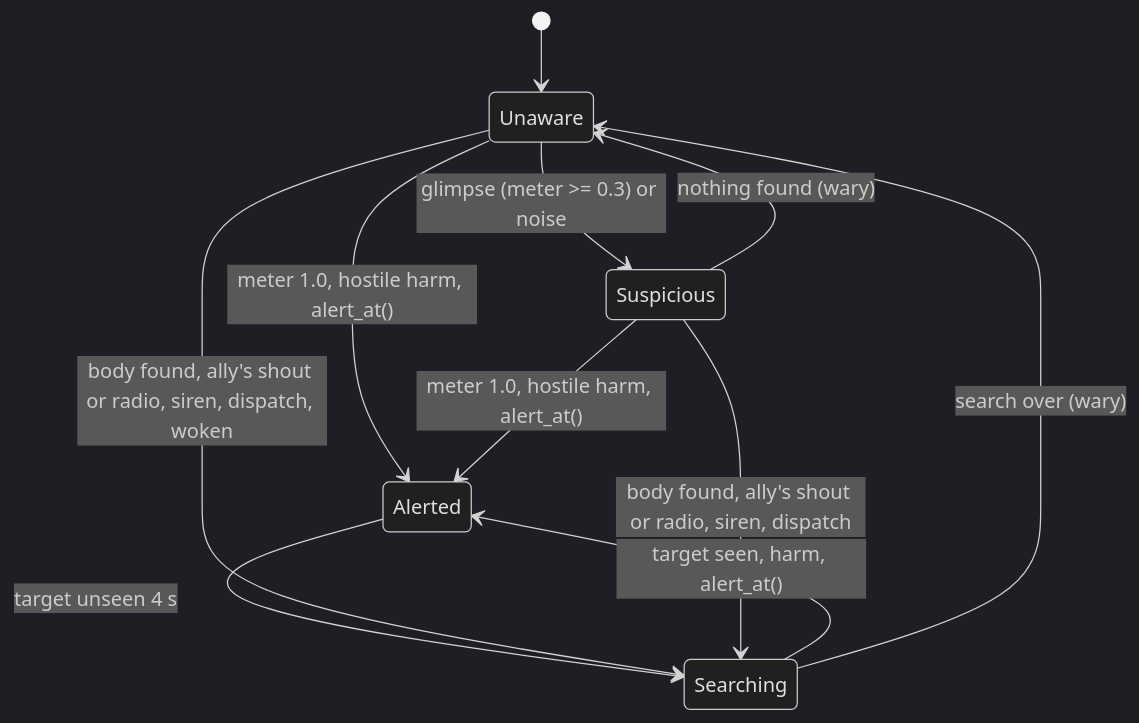
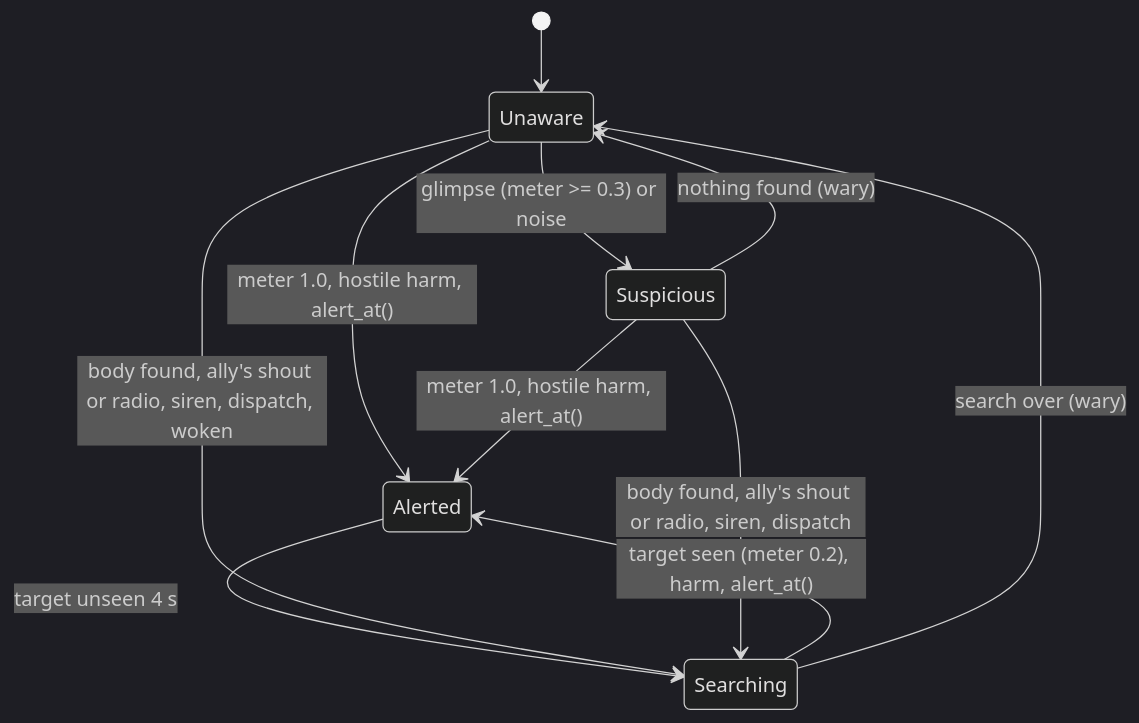
The diagram in design/game/perception-and-ai.md (matts2cant/im-sim-proto), drawn with Mermaid (dark theme) before and after one commit. The commit also changed other lines of this file and 6 other files, not shown here.

Commit message:
Searching guards alert once the meter reaches 0.2, not on the first glimpse; sight notes in the route reports (ADR 0095)

````diff
--- a/design/game/perception-and-ai.md
+++ b/design/game/perception-and-ai.md
@@ -19,13 +19,13 @@
 ```mermaid
 stateDiagram-v2
     [*] --> Unaware
     Unaware --> Suspicious : glimpse (meter >= 0.3) or noise
     Unaware --> Alerted : meter 1.0, hostile harm, alert_at()
     Suspicious --> Alerted : meter 1.0, hostile harm, alert_at()
     Suspicious --> Unaware : nothing found (wary)
     Alerted --> Searching : target unseen 4 s
-    Searching --> Alerted : target seen, harm, alert_at()
+    Searching --> Alerted : target seen (meter 0.2), harm, alert_at()
     Searching --> Unaware : search over (wary)
     Unaware --> Searching : body found, ally's shout or radio, siren, dispatch, woken
     Suspicious --> Searching : body found, ally's shout or radio, siren, dispatch
 ```
````
